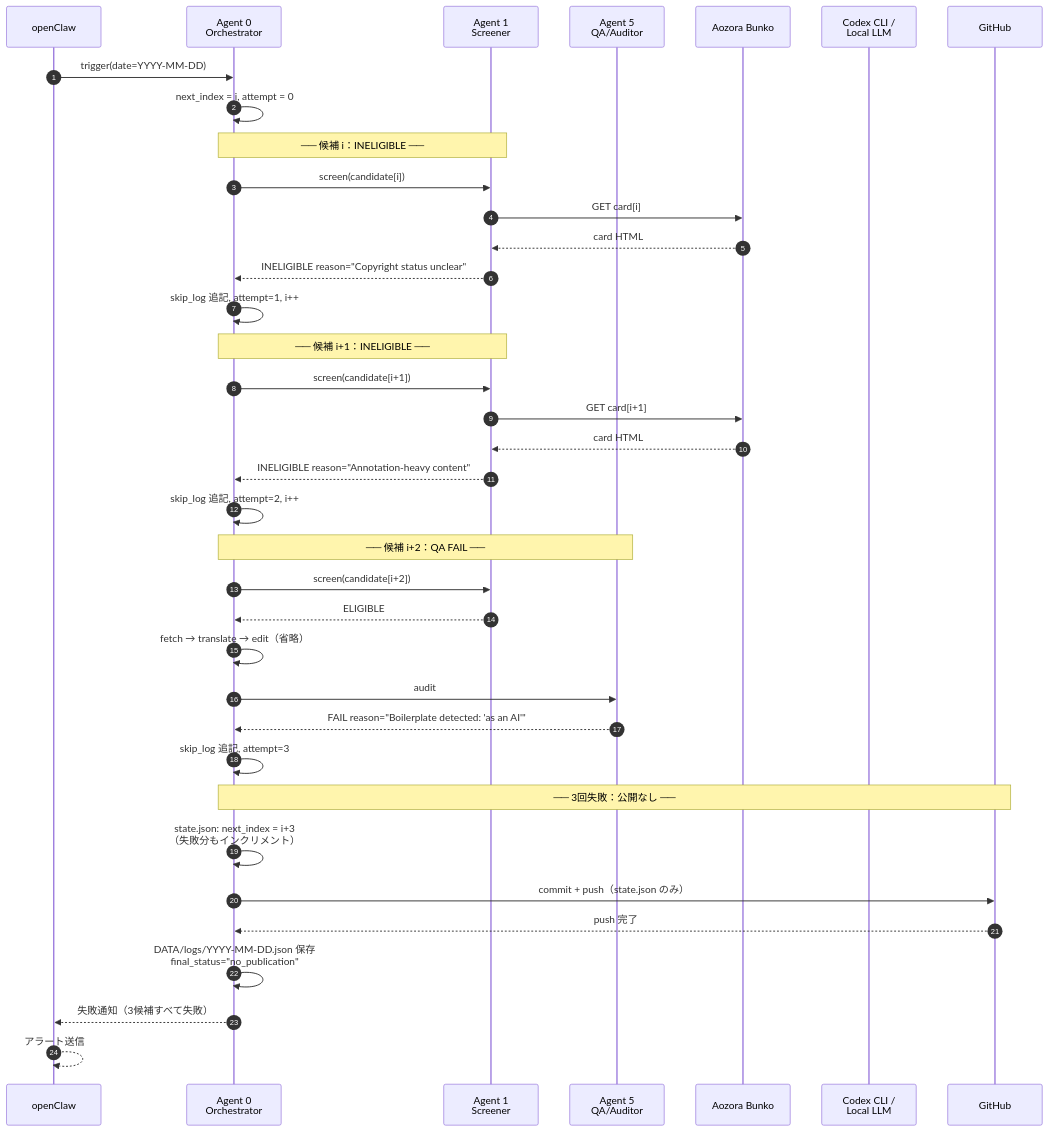
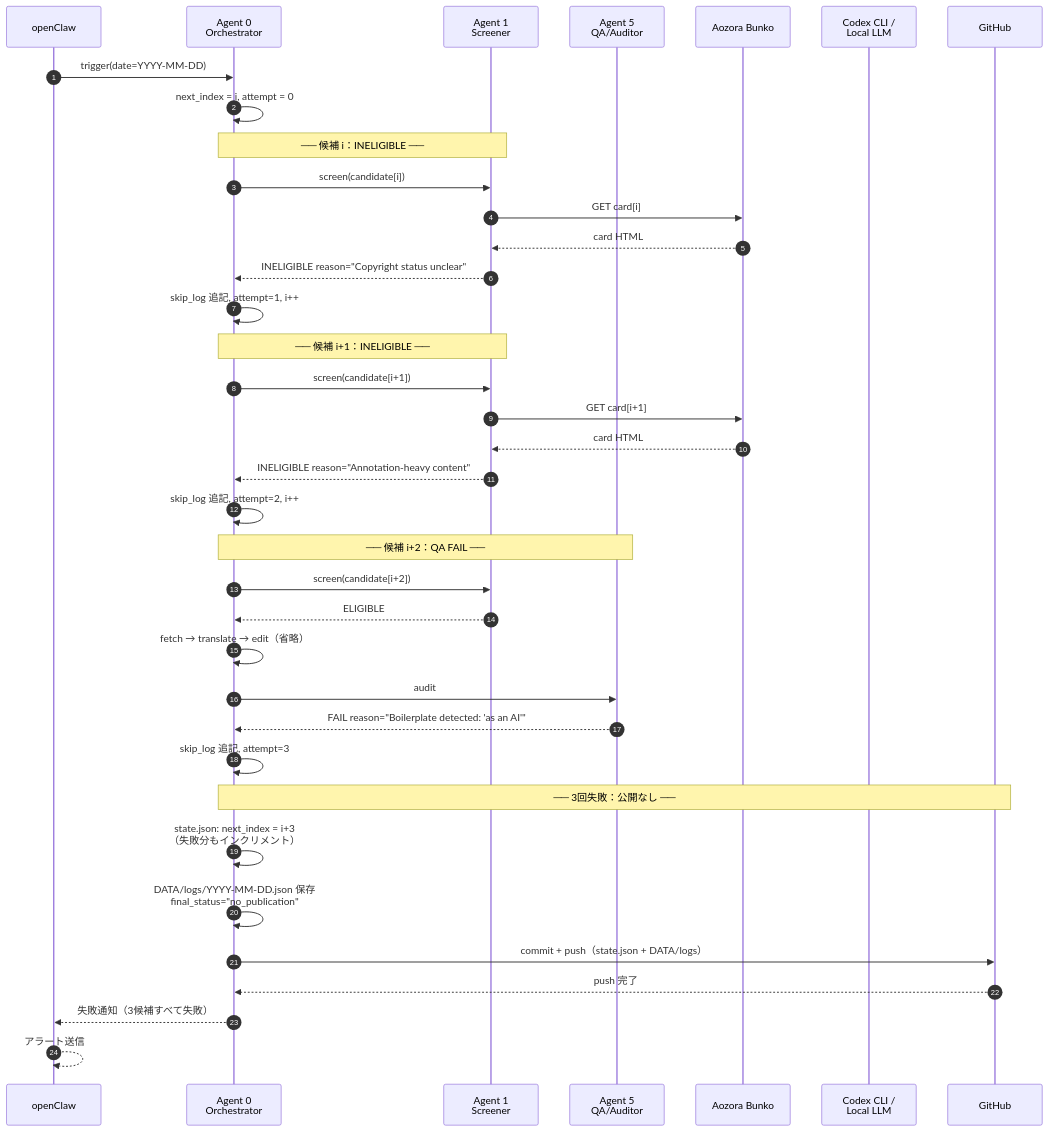
One commit to garyohosu/AozoraDailyTranslations changed the fourth of 10 diagrams in SEQUENCE.md. Above: the diagram before and after it, drawn with Mermaid. The commit also changed other lines of this file and 1 other file, not shown here.

Commit message:
docs: align workflow commit order and exhausted issue policy

````diff
--- a/SEQUENCE.md
+++ b/SEQUENCE.md
@@ -238,44 +239,44 @@
 ```mermaid
 sequenceDiagram
     autonumber
     participant OC as openClaw
     participant Orch as Agent 0<br/>Orchestrator
     participant Screen as Agent 1<br/>Screener
     participant QA as Agent 5<br/>QA/Auditor
     participant AZ as Aozora Bunko
     participant LLM as Codex CLI /<br/>Local LLM
     participant GH as GitHub
 
     OC->>Orch: trigger(date=YYYY-MM-DD)
     Orch->>Orch: next_index = i, attempt = 0
 
     Note over Orch,Screen: ── 候補 i：INELIGIBLE ──
     Orch->>Screen: screen(candidate[i])
     Screen->>AZ: GET card[i]
     AZ-->>Screen: card HTML
     Screen-->>Orch: INELIGIBLE reason="Copyright status unclear"
     Orch->>Orch: skip_log 追記, attempt=1, i++
 
     Note over Orch,Screen: ── 候補 i+1：INELIGIBLE ──
     Orch->>Screen: screen(candidate[i+1])
     Screen->>AZ: GET card[i+1]
     AZ-->>Screen: card HTML
     Screen-->>Orch: INELIGIBLE reason="Annotation-heavy content"
     Orch->>Orch: skip_log 追記, attempt=2, i++
 
     Note over Orch,QA: ── 候補 i+2：QA FAIL ──
     Orch->>Screen: screen(candidate[i+2])
     Screen-->>Orch: ELIGIBLE
     Orch->>Orch: fetch → translate → edit（省略）
     Orch->>QA: audit
     QA-->>Orch: FAIL reason="Boilerplate detected: 'as an AI'"
     Orch->>Orch: skip_log 追記, attempt=3
 
     Note over Orch,GH: ── 3回失敗：公開なし ──
     Orch->>Orch: state.json: next_index = i+3<br/>（失敗分もインクリメント）
-    Orch->>GH: commit + push（state.json のみ）
+    Orch->>Orch: DATA/logs/YYYY-MM-DD.json 保存<br/>final_status="no_publication"
+    Orch->>GH: commit + push（state.json + DATA/logs）
     GH-->>Orch: push 完了
-    Orch->>Orch: DATA/logs/YYYY-MM-DD.json 保存<br/>final_status="no_publication"
     Orch-->>OC: 失敗通知（3候補すべて失敗）
     OC-->>OC: アラート送信
 ```
````
